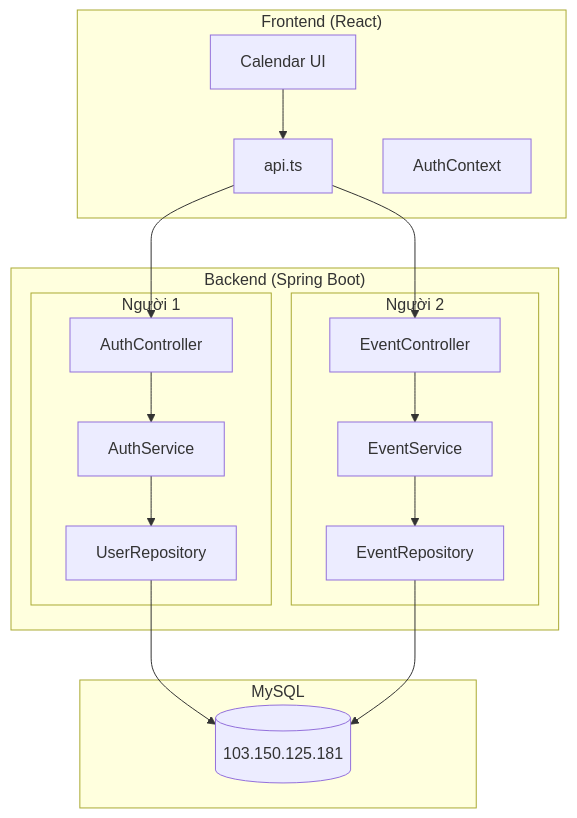
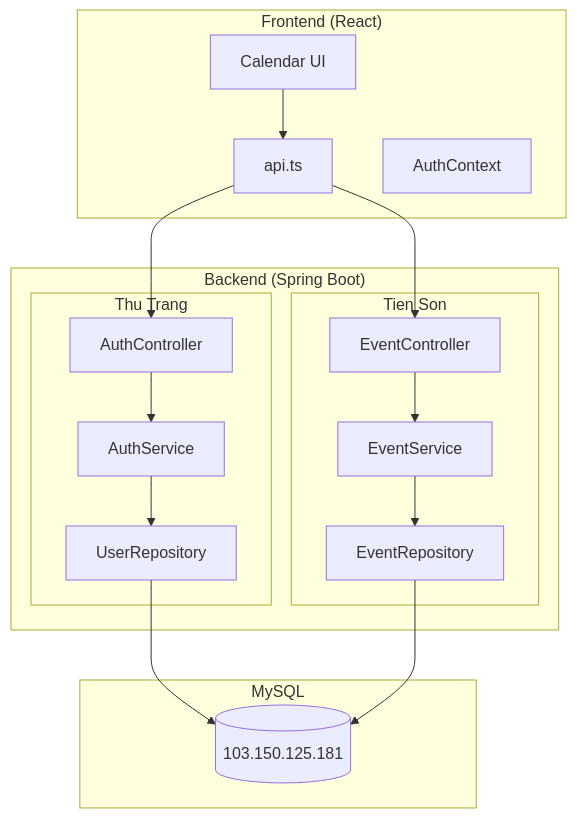
Before and after one commit to GiangQuan/warm-calendar: the second of 3 diagrams in docs/TEAM_OVERVIEW.md, drawn with Mermaid. The commit also changed other lines of this file and 6 other files, not shown here.

````diff
--- a/docs/TEAM_OVERVIEW.md
+++ b/docs/TEAM_OVERVIEW.md
@@ -32,31 +32,31 @@
 ```mermaid
 flowchart TB
     subgraph Frontend["Frontend (React)"]
         UI[Calendar UI]
         API[api.ts]
         Auth[AuthContext]
     end
     
     subgraph Backend["Backend (Spring Boot)"]
-        subgraph AuthModule["Người 1"]
+        subgraph AuthModule["Thu Trang"]
             AC[AuthController]
             AS[AuthService]
             UR[UserRepository]
         end
-        subgraph EventModule["Người 2"]
+        subgraph EventModule["Tien Son"]
             EC[EventController]
             ES[EventService]
             ER[EventRepository]
         end
     end
     
     subgraph Database["MySQL"]
         DB[(103.150.125.181)]
     end
     
     UI --> API
     API --> AC
     API --> EC
     AC --> AS --> UR --> DB
     EC --> ES --> ER --> DB
 ```
````
